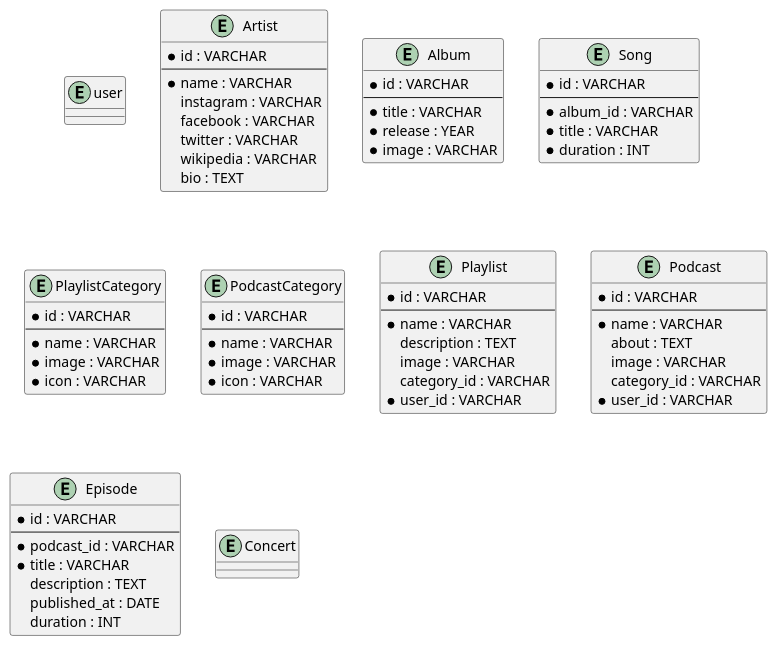
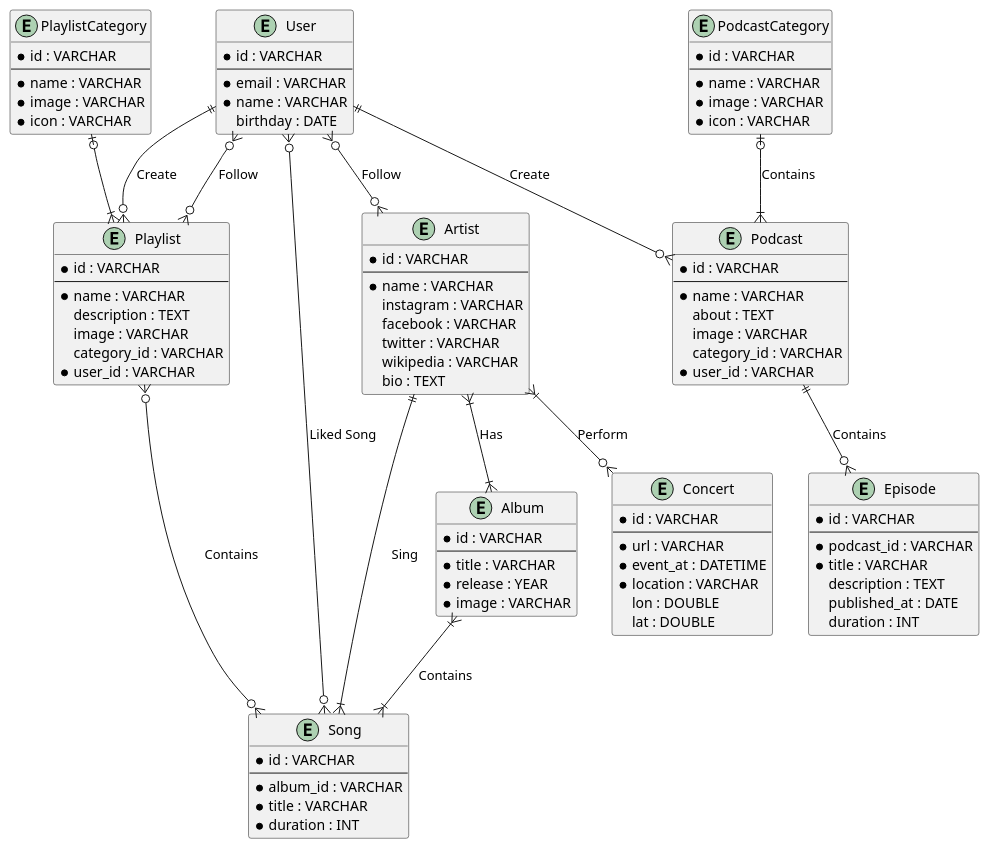
Before and after one commit to dhandyjoe/database-design-spotify: the diagram in spotify-database.plantuml, drawn with PlantUML.

Commit message:
finish design databse

```diff
--- a/spotify-database.plantuml
+++ b/spotify-database.plantuml
@@ -1,84 +1,108 @@
 @startuml
-entity user {
-
+entity User {
+	* id : VARCHAR
+	--
+	* email : VARCHAR
+	* name : VARCHAR
+	birthday : DATE
 }
 
 entity Artist {
 	* id : VARCHAR
 	--
 	* name : VARCHAR
 	instagram : VARCHAR
 	facebook : VARCHAR
 	twitter : VARCHAR
 	wikipedia : VARCHAR
 	bio : TEXT
 }
 
 entity Album {
 	* id : VARCHAR
 	--
 	* title : VARCHAR
 	* release : YEAR
 	* image : VARCHAR
 }
 
 entity Song {
 	* id : VARCHAR
 	--
 	* album_id : VARCHAR
 	* title : VARCHAR
 	* duration : INT
 }
 
+entity Podcast {
+	* id : VARCHAR
+	--
+	* name : VARCHAR
+	about : TEXT
+	image : VARCHAR
+	category_id : VARCHAR
+	* user_id : VARCHAR
+}
+
 entity PlaylistCategory {
 	* id : VARCHAR
 	--
 	* name : VARCHAR
 	* image : VARCHAR
 	* icon : VARCHAR
 }
 
 entity PodcastCategory {
 	* id : VARCHAR
 	--
 	* name : VARCHAR
 	* image : VARCHAR
 	* icon : VARCHAR
 }
 
 entity Playlist {
 	* id : VARCHAR
 	--
 	* name : VARCHAR
 	description : TEXT
 	image : VARCHAR
 	category_id : VARCHAR
 	* user_id : VARCHAR
 }
 
-entity Podcast {
-	* id : VARCHAR
-	--
-	* name : VARCHAR
-	about : TEXT
-	image : VARCHAR
-	category_id : VARCHAR
-	* user_id : VARCHAR
-}
-
 entity Episode {
 	* id : VARCHAR
 	--
 	* podcast_id : VARCHAR
 	* title : VARCHAR
 	description : TEXT
 	published_at : DATE
 	duration : INT
 }
 
 
 entity Concert {
-
+	* id : VARCHAR
+	--
+	* url : VARCHAR
+	* event_at : DATETIME
+	* location : VARCHAR
+	lon : DOUBLE
+	lat : DOUBLE
 }
 
+Artist }|--|{ Album : Has
+Album }|--|{ Song : Contains
+Artist ||--|{ Song : Sing
+PlaylistCategory |o--|{ Playlist
+User ||--o{ Playlist : Create
+Playlist }o--o{ Song : Contains
+PodcastCategory |o--|{ Podcast : Contains
+User ||--o{ Podcast : Create
+Podcast ||--o{ Episode : Contains
+Artist }|--o{ Concert : Perform
+User }o--o{ Artist : Follow
+User }o--o{ Song : Liked Song
+User }o--o{ Playlist : Follow
+
 @enduml
```
